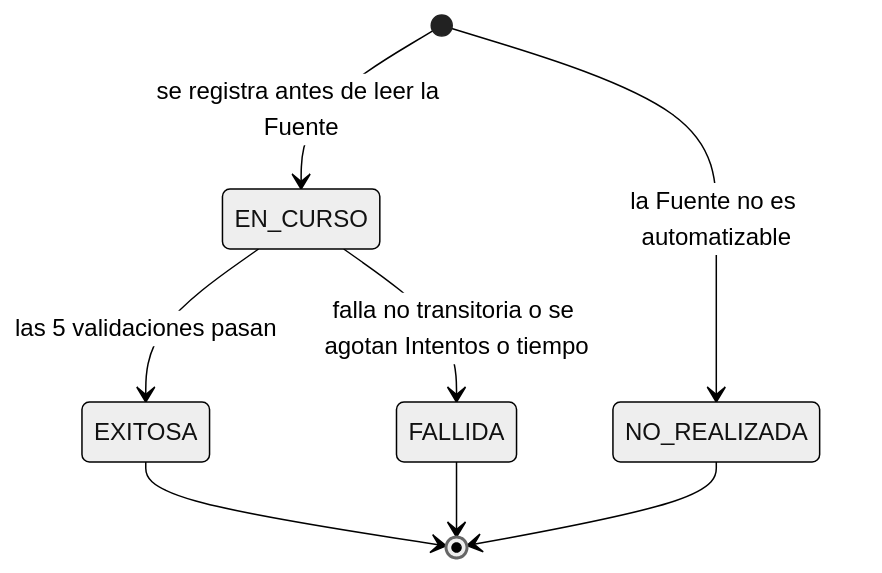
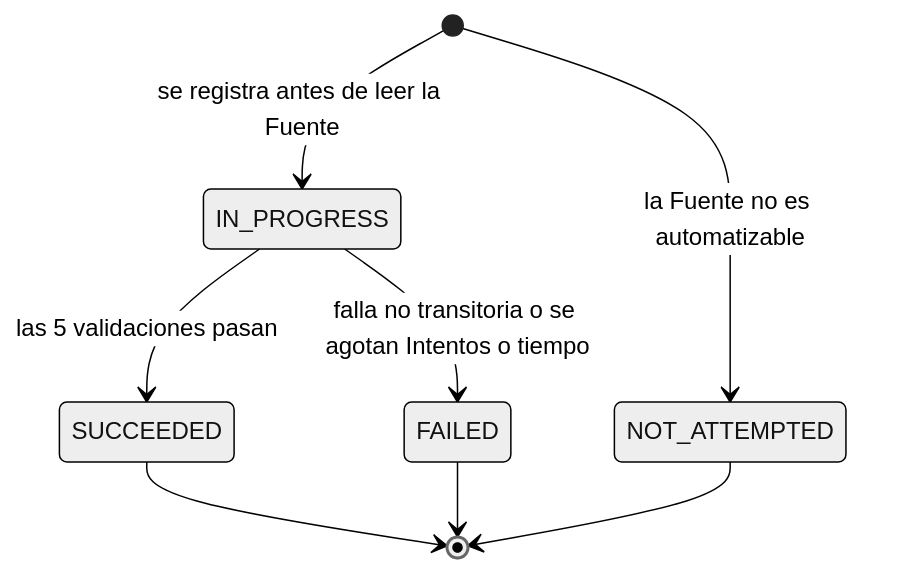
The fourth of 6 diagrams in docs/modelo-de-dominio.md (IvanDaniliuk01/MatriculAR), drawn with Mermaid (neutral theme) before and after one commit. The commit also changed other lines of this file and 23 other files, not shown here.

````diff
--- a/docs/modelo-de-dominio.md
+++ b/docs/modelo-de-dominio.md
@@ -264,10 +264,10 @@
 ```mermaid
 stateDiagram-v2
-    [*] --> EN_CURSO : se registra antes de leer la Fuente
-    EN_CURSO --> EXITOSA : las 5 validaciones pasan
-    EN_CURSO --> FALLIDA : falla no transitoria o se agotan Intentos o tiempo
-    [*] --> NO_REALIZADA : la Fuente no es automatizable
-    EXITOSA --> [*]
-    FALLIDA --> [*]
-    NO_REALIZADA --> [*]
+    [*] --> IN_PROGRESS : se registra antes de leer la Fuente
+    IN_PROGRESS --> SUCCEEDED : las 5 validaciones pasan
+    IN_PROGRESS --> FAILED : falla no transitoria o se agotan Intentos o tiempo
+    [*] --> NOT_ATTEMPTED : la Fuente no es automatizable
+    SUCCEEDED --> [*]
+    FAILED --> [*]
+    NOT_ATTEMPTED --> [*]
 ```
````
